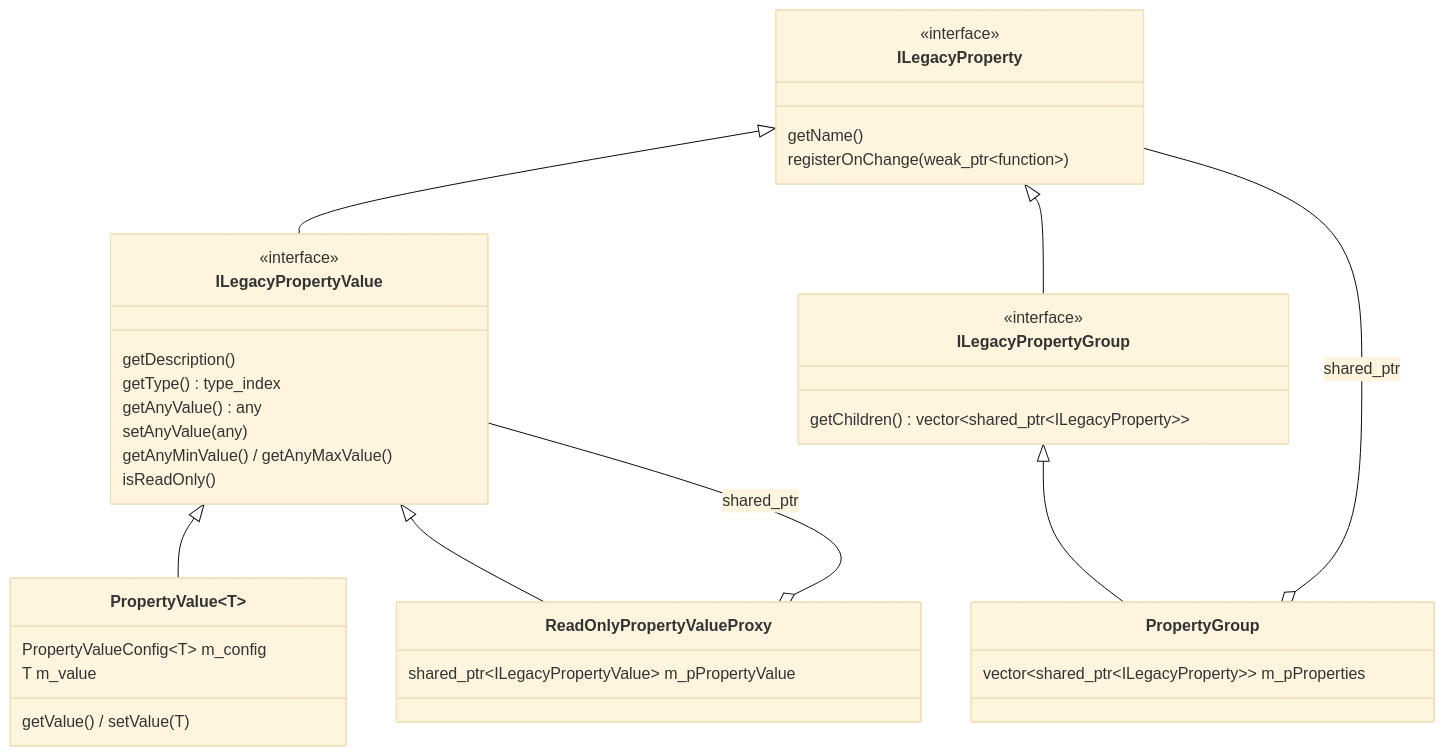
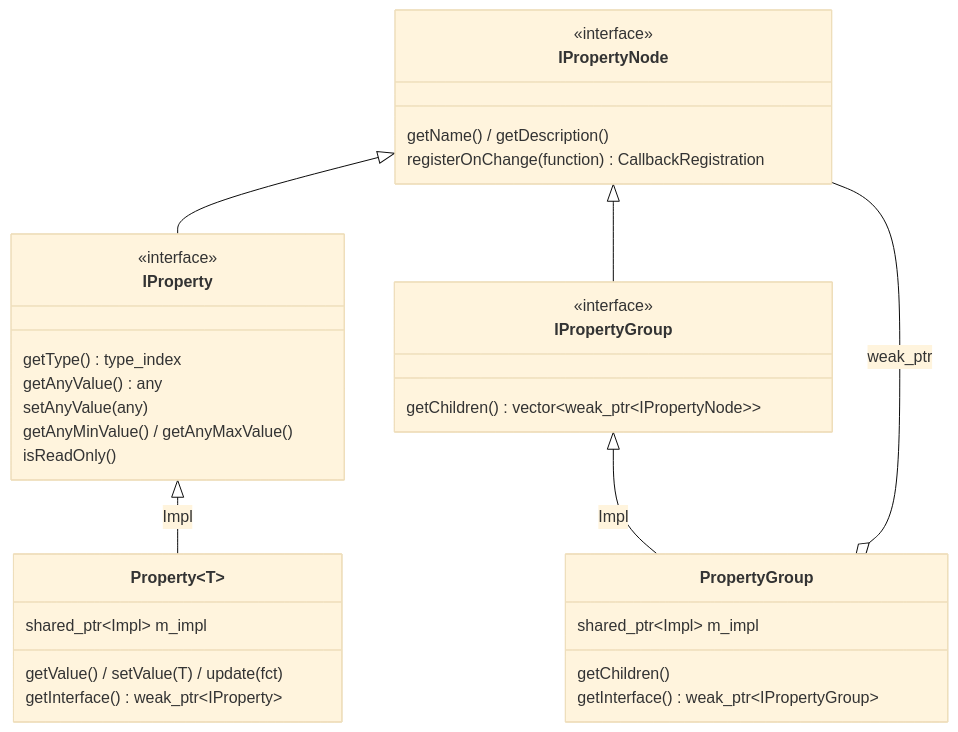
Before and after one commit to lmt-dev-inc/icymoon: the diagram in docs/architecture/properties.md, drawn with Mermaid (base theme). The commit also changed other lines of this file and 43 other files, not shown here.

````diff
--- a/docs/architecture/properties.md
+++ b/docs/architecture/properties.md
@@ -36,40 +38,36 @@
 ```mermaid
 classDiagram
     direction TB
-    class ILegacyProperty {
+    class IPropertyNode {
         <<interface>>
-        getName()
-        registerOnChange(weak_ptr~function~)
+        getName() / getDescription()
+        registerOnChange(function) CallbackRegistration
     }
-    class ILegacyPropertyValue {
+    class IProperty {
         <<interface>>
-        getDescription()
         getType() type_index
         getAnyValue() any
         setAnyValue(any)
         getAnyMinValue() / getAnyMaxValue()
         isReadOnly()
     }
-    class ILegacyPropertyGroup {
+    class IPropertyGroup {
         <<interface>>
-        getChildren() vector~shared_ptr~ILegacyProperty~~
+        getChildren() vector~weak_ptr~IPropertyNode~~
     }
-    class PropertyValue~T~ {
-        PropertyValueConfig~T~ m_config
-        T m_value
-        getValue() / setValue(T)
-    }
-    class ReadOnlyPropertyValueProxy {
-        shared_ptr~ILegacyPropertyValue~ m_pPropertyValue
+    class Property~T~ {
+        shared_ptr~Impl~ m_impl
+        getValue() / setValue(T) / update(fct)
+        getInterface() weak_ptr~IProperty~
     }
     class PropertyGroup {
-        vector~shared_ptr~ILegacyProperty~~ m_pProperties
+        shared_ptr~Impl~ m_impl
+        getChildren()
+        getInterface() weak_ptr~IPropertyGroup~
     }
-    ILegacyProperty <|-- ILegacyPropertyValue
-    ILegacyProperty <|-- ILegacyPropertyGroup
-    ILegacyPropertyValue <|-- PropertyValue~T~
-    ILegacyPropertyValue <|-- ReadOnlyPropertyValueProxy
-    ILegacyPropertyGroup <|-- PropertyGroup
-    ReadOnlyPropertyValueProxy o-- ILegacyPropertyValue : shared_ptr
-    PropertyGroup o-- ILegacyProperty : shared_ptr
+    IPropertyNode <|-- IProperty
+    IPropertyNode <|-- IPropertyGroup
+    IProperty <|-- Property~T~ : Impl
+    IPropertyGroup <|-- PropertyGroup : Impl
+    PropertyGroup o-- IPropertyNode : weak_ptr
 ```
````
